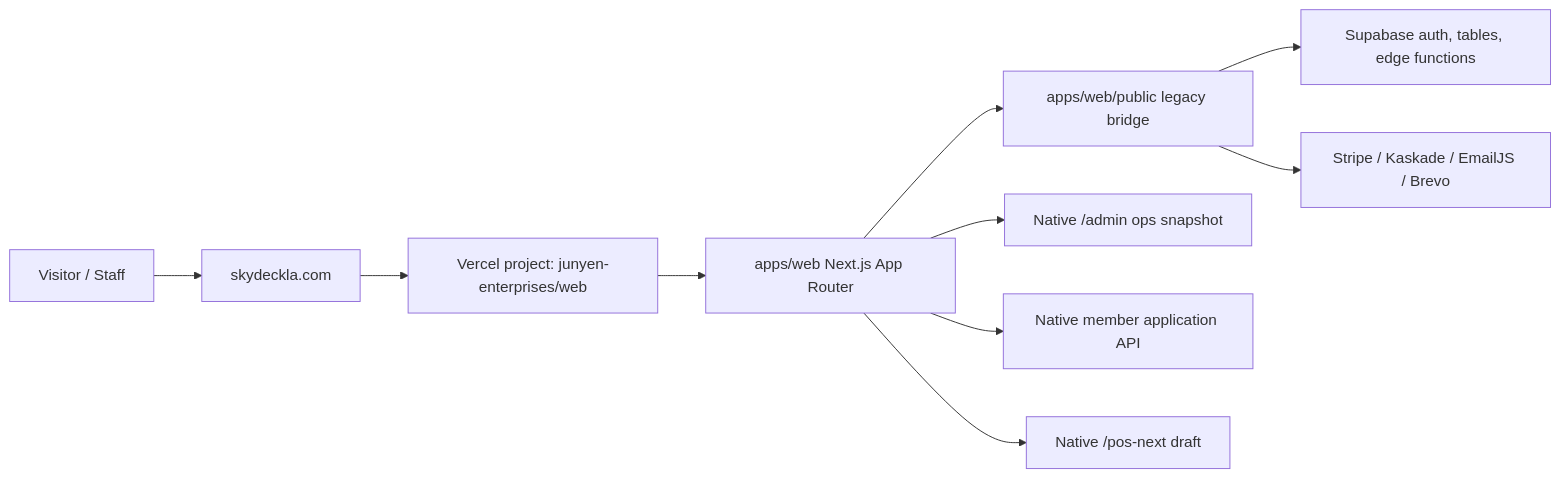
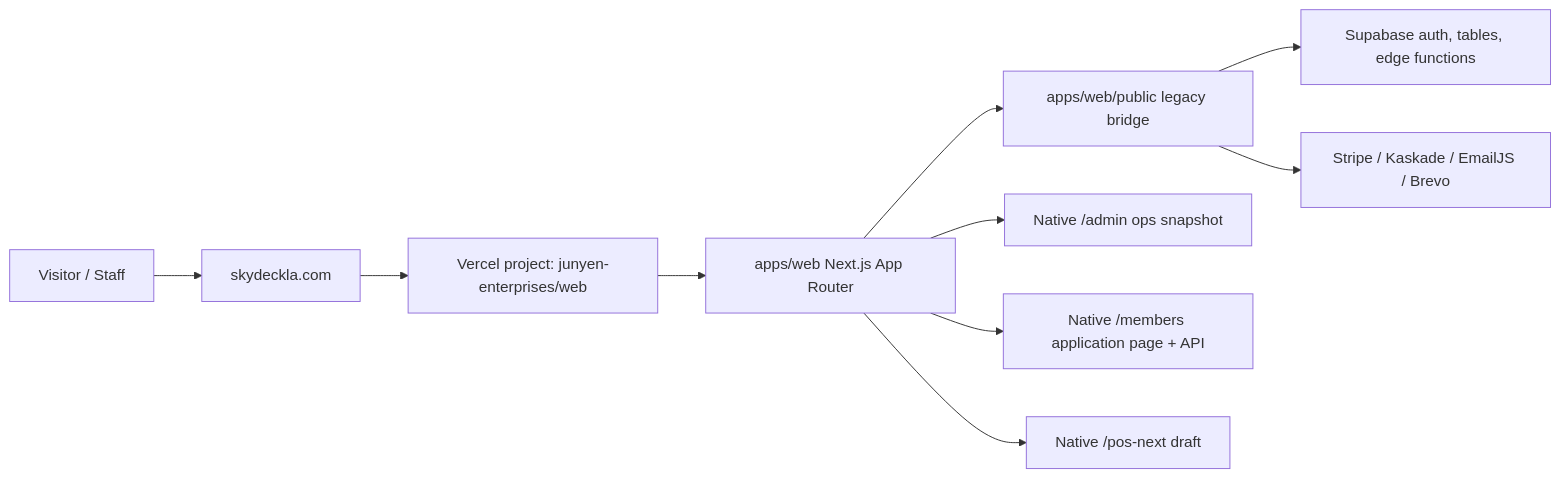
Before and after one commit to junyengit/skyla: the first of 2 diagrams in docs/phase-2-roadmap.md, drawn with Mermaid. The commit also changed other lines of this file and 16 other files, not shown here.

Commit message:
Move members page to App Router

````diff
--- a/docs/phase-2-roadmap.md
+++ b/docs/phase-2-roadmap.md
@@ -20,23 +20,23 @@
 ```mermaid
 flowchart LR
   visitor["Visitor / Staff"]
   domain["skydeckla.com"]
   vercel["Vercel project: junyen-enterprises/web"]
   next["apps/web Next.js App Router"]
   bridge["apps/web/public legacy bridge"]
   admin["Native /admin ops snapshot"]
-  members["Native member application API"]
+  members["Native /members application page + API"]
   posDraft["Native /pos-next draft"]
   supabase["Supabase auth, tables, edge functions"]
   payments["Stripe / Kaskade / EmailJS / Brevo"]
 
   visitor --> domain
   domain --> vercel
   vercel --> next
   next --> bridge
   next --> admin
   next --> members
   next --> posDraft
   bridge --> supabase
   bridge --> payments
 ```
````
